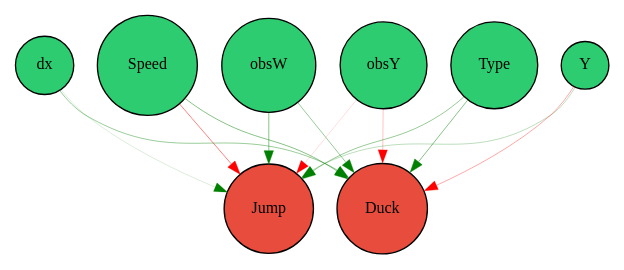
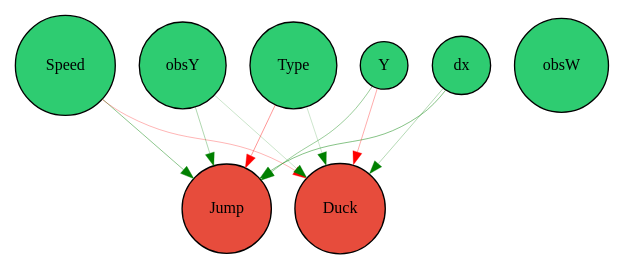
The diagram in network.gv (QQderLP/neat-chrome-dinosaur), drawn with Graphviz before and after one commit. The commit also changed 4 other files, not shown here.

```diff
--- a/network.gv
+++ b/network.gv
@@ -1,23 +1,21 @@
 digraph {
 	node [fontsize=12 height=0.2 shape=circle style=filled width=0.2]
 	dx [fillcolor="#2ecc71"]
 	Speed [fillcolor="#2ecc71"]
 	obsW [fillcolor="#2ecc71"]
 	obsY [fillcolor="#2ecc71"]
 	Type [fillcolor="#2ecc71"]
 	Y [fillcolor="#2ecc71"]
 	Jump [fillcolor="#e74c3c"]
 	Duck [fillcolor="#e74c3c"]
-	Y -> Jump [color=green penwidth=0.19504575125793044 style=solid]
-	Y -> Duck [color=red penwidth=0.2564916265062358 style=solid]
-	dx -> Jump [color=green penwidth=0.10884344867045002 style=solid]
-	dx -> Duck [color=green penwidth=0.30347457655271326 style=solid]
-	Type -> Jump [color=green penwidth=0.3077307637789205 style=solid]
-	Type -> Duck [color=green penwidth=0.35501151712922185 style=solid]
-	obsY -> Jump [color=red penwidth=0.10146934734522013 style=solid]
-	obsY -> Duck [color=red penwidth=0.18422800603904343 style=solid]
-	obsW -> Jump [color=green penwidth=0.3488465152132022 style=solid]
-	obsW -> Duck [color=green penwidth=0.3050556517186602 style=solid]
-	Speed -> Jump [color=red penwidth=0.3723066609943164 style=solid]
-	Speed -> Duck [color=green penwidth=0.36466192291725075 style=solid]
+	Y -> Jump [color=green penwidth=0.29862236671725906 style=solid]
+	Y -> Duck [color=red penwidth=0.24770961516710416 style=solid]
+	dx -> Jump [color=green penwidth=0.35949545143534556 style=solid]
+	dx -> Duck [color=green penwidth=0.2191646357905367 style=solid]
+	Type -> Jump [color=red penwidth=0.3062187417520251 style=solid]
+	Type -> Duck [color=green penwidth=0.15362280391513256 style=solid]
+	obsY -> Jump [color=green penwidth=0.23866233931448674 style=solid]
+	obsY -> Duck [color=green penwidth=0.15773270225235372 style=solid]
+	Speed -> Jump [color=green penwidth=0.33952146009273454 style=solid]
+	Speed -> Duck [color=red penwidth=0.21761691558076016 style=solid]
 }
```
